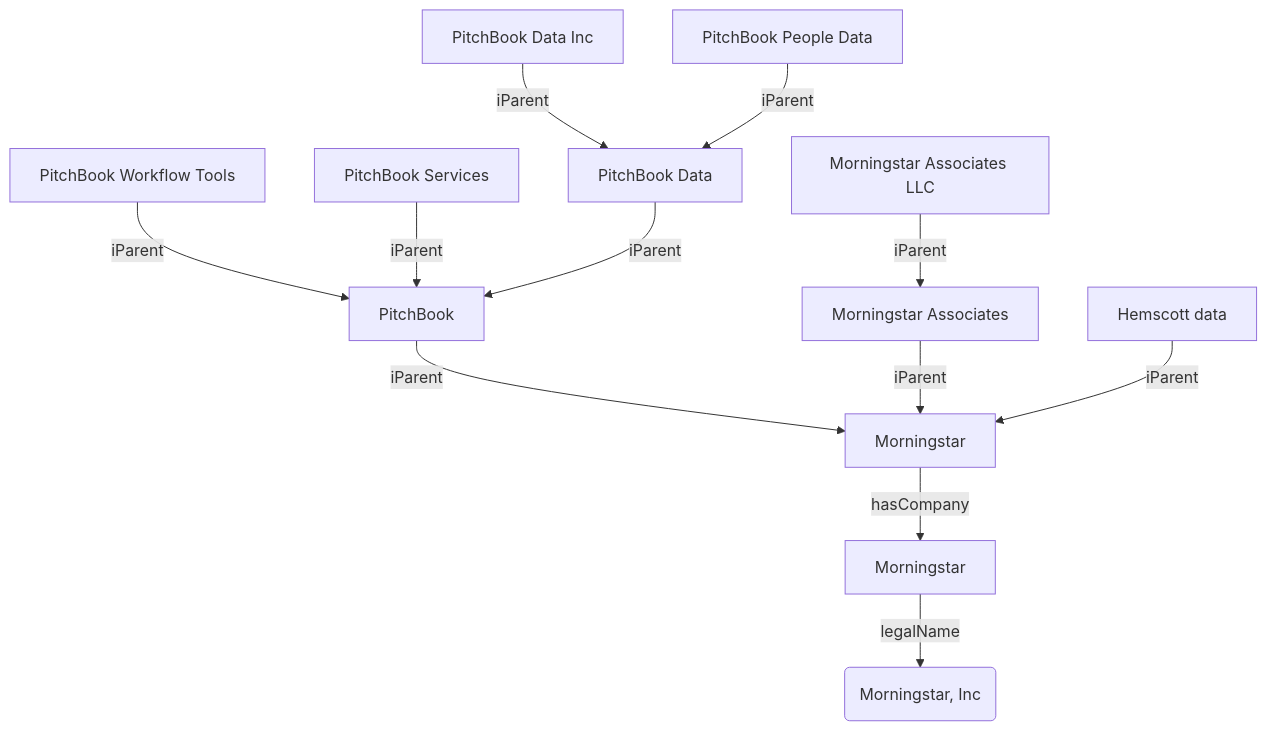
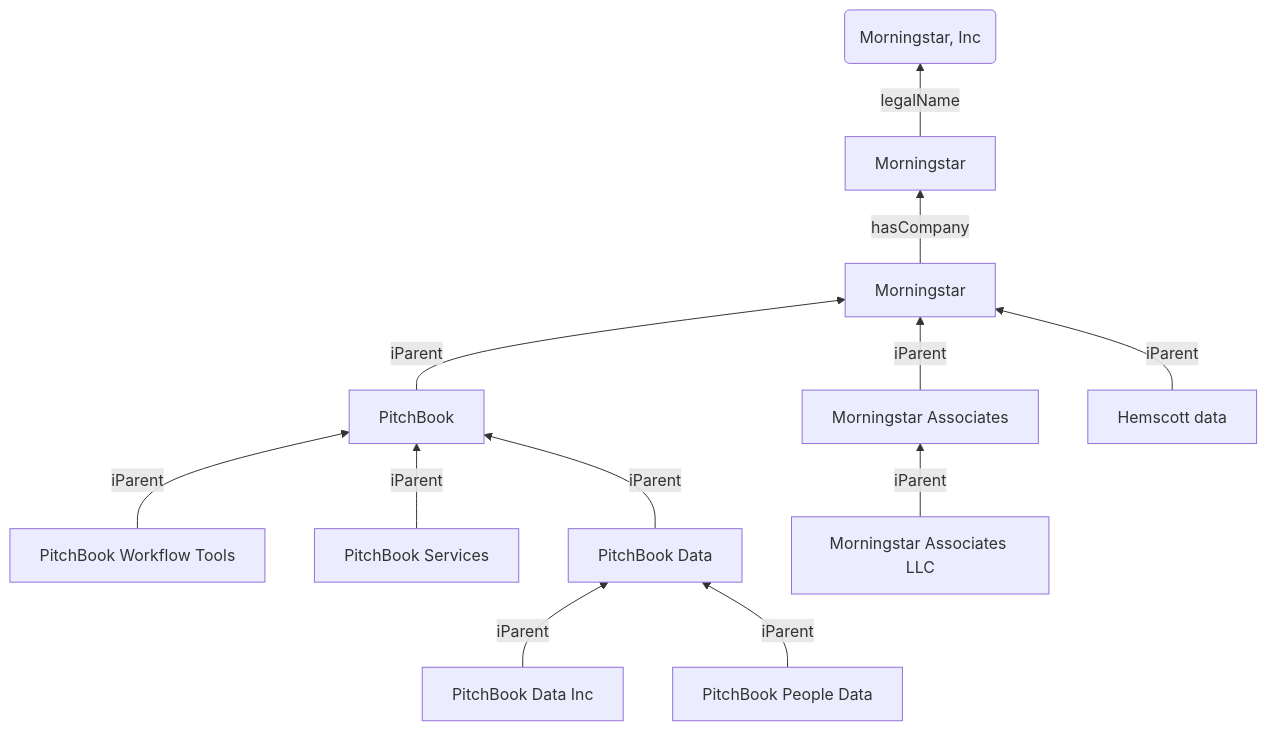
The second of 2 diagrams in morningstar-graph.md (dhurlburtusa/mermaid-test), drawn with Mermaid before and after one commit. The commit also changed other lines of this file, not shown here.

Commit message:
Flip direction

````diff
--- a/morningstar-graph.md
+++ b/morningstar-graph.md
@@ -146,5 +146,5 @@
 ```mermaid
-graph TD
+graph BT
     TP[Morningstar] -->|legalName| TPLegalName(Morningstar, Inc)
 
     a[Morningstar] -->|hasCompany| TP
````
